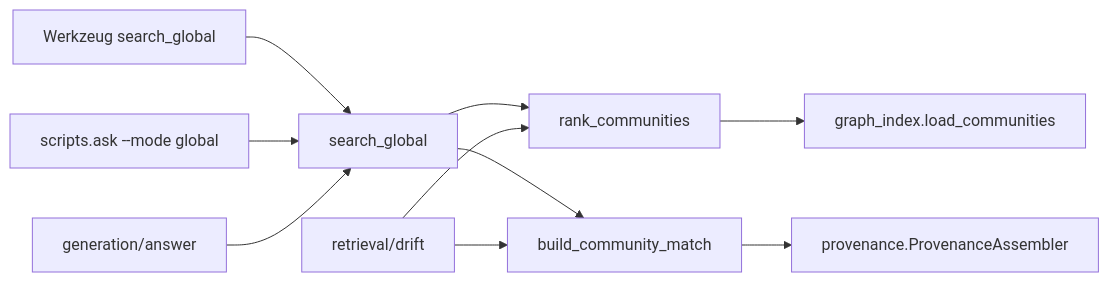
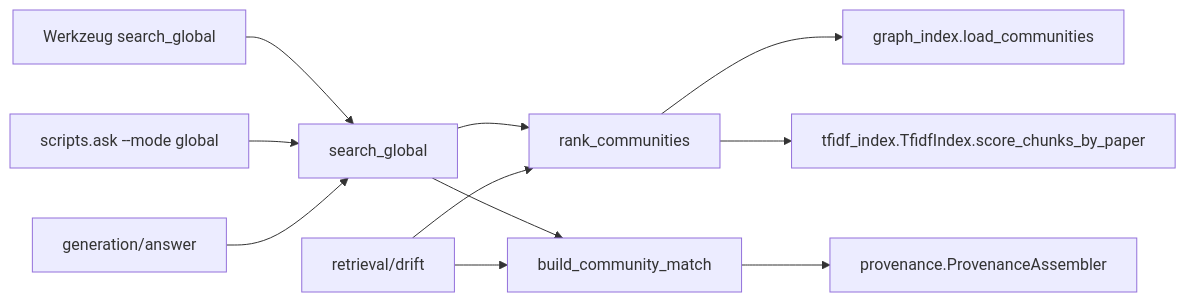
One commit to MomoEngineer/research-graphrag changed the second of 2 diagrams in src/research_graphrag/retrieval/doc/global_search.md. Above: the diagram before and after it, drawn with Mermaid. The commit also changed other lines of this file and 14 other files, not shown here.

````diff
--- a/src/research_graphrag/retrieval/doc/global_search.md
+++ b/src/research_graphrag/retrieval/doc/global_search.md
@@ -85,12 +96,13 @@
 ```mermaid
 flowchart LR
     TOOL["Werkzeug search_global"] --> SG["search_global"]
     CLI["scripts.ask --mode global"] --> SG
     ANS["generation/answer"] --> SG
     SG --> RC["rank_communities"]
     SG --> BCM["build_community_match"]
     DR["retrieval/drift"] --> RC
     DR --> BCM
     RC --> GI["graph_index.load_communities"]
+    RC --> TI["tfidf_index.TfidfIndex.score_chunks_by_paper"]
     BCM --> PA["provenance.ProvenanceAssembler"]
 ```
````
